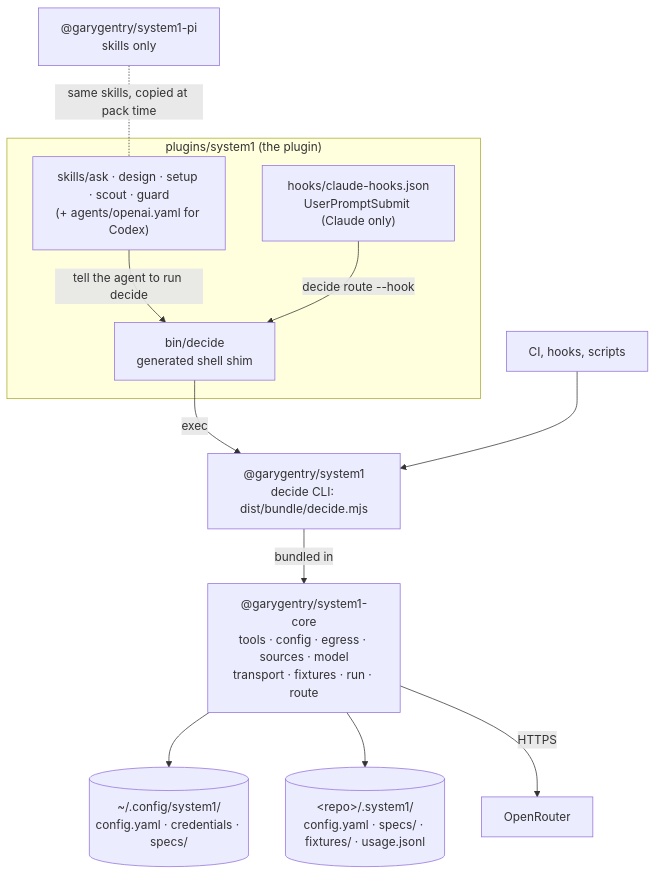
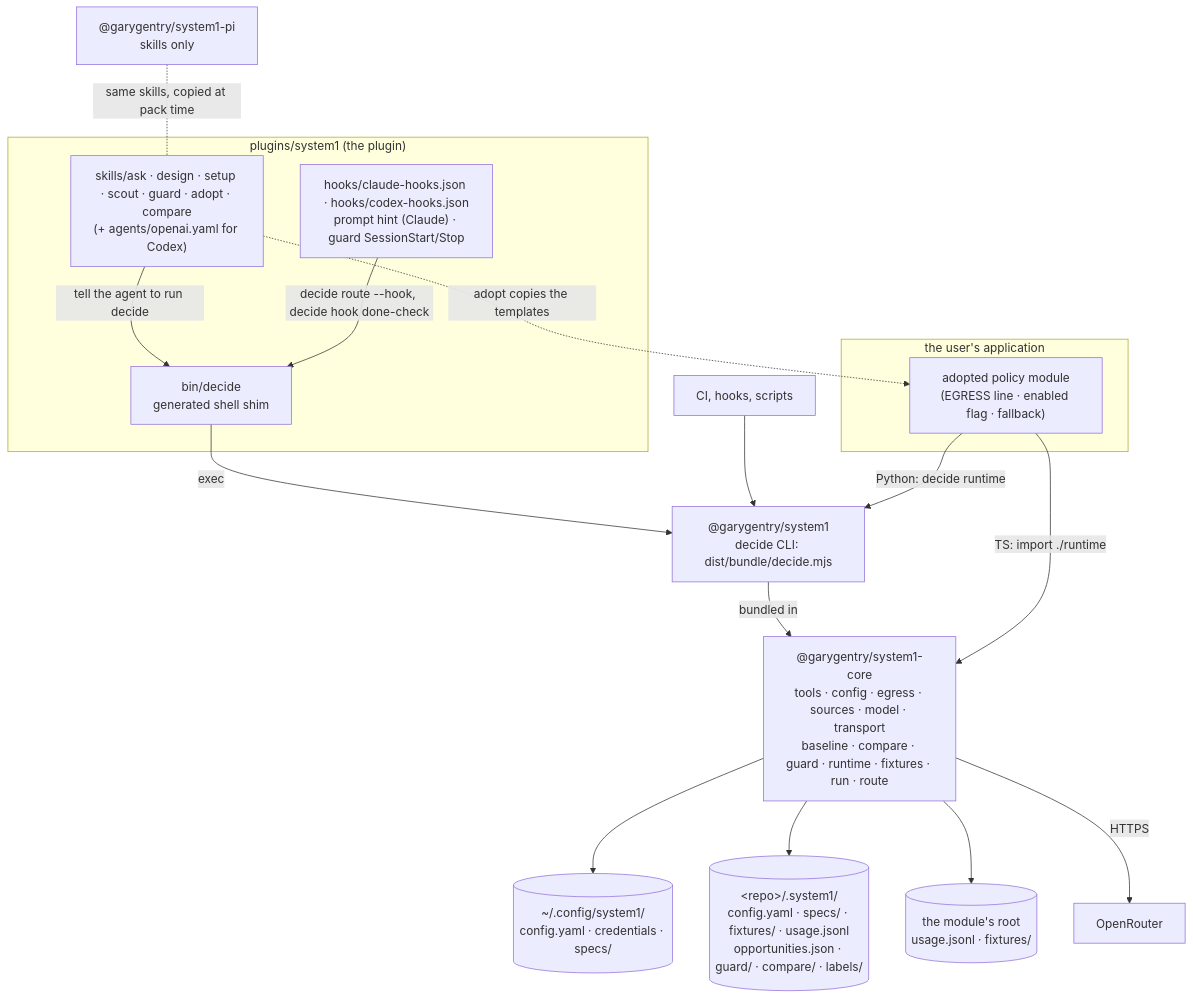
Before and after one commit to garygentry/system1: the diagram in docs/architecture/containers.md, drawn with Mermaid. The commit also changed other lines of this file and 19 other files, not shown here.

First line of the commit message:
M11 PR 11: docs for adopt → capture → compare; architecture at 0.6.0 (#55)

````diff
--- a/docs/architecture/containers.md
+++ b/docs/architecture/containers.md
@@ -7,25 +8,33 @@
 ```mermaid
 flowchart TB
     subgraph plugin["plugins/system1 (the plugin)"]
-        skills["skills/ask · design · setup · scout · guard<br/>(+ agents/openai.yaml for Codex)"]
+        skills["skills/ask · design · setup · scout · guard · adopt · compare<br/>(+ agents/openai.yaml for Codex)"]
         shim["bin/decide<br/>generated shell shim"]
-        hook["hooks/claude-hooks.json<br/>UserPromptSubmit (Claude only)"]
+        hook["hooks/claude-hooks.json · hooks/codex-hooks.json<br/>prompt hint (Claude) · guard SessionStart/Stop"]
+    end
+    subgraph app["the user's application"]
+        policy["adopted policy module<br/>(EGRESS line · enabled flag · fallback)"]
     end
     pipkg["@garygentry/system1-pi<br/>skills only"]
     cli["@garygentry/system1<br/>decide CLI: dist/bundle/decide.mjs"]
-    core["@garygentry/system1-core<br/>tools · config · egress · sources · model<br/>transport · fixtures · run · route"]
+    core["@garygentry/system1-core<br/>tools · config · egress · sources · model · transport<br/>baseline · compare · guard · runtime · fixtures · run · route"]
     userdir[("~/.config/system1/<br/>config.yaml · credentials · specs/")]
-    repodir[("&lt;repo&gt;/.system1/<br/>config.yaml · specs/ · fixtures/ · usage.jsonl")]
+    repodir[("&lt;repo&gt;/.system1/<br/>config.yaml · specs/ · fixtures/ · usage.jsonl<br/>opportunities.json · guard/ · compare/ · labels/")]
+    approot[("the module's root<br/>usage.jsonl · fixtures/")]
     openrouter["OpenRouter"]
     scripts["CI, hooks, scripts"]
 
     skills -- "tell the agent to run decide" --> shim
-    hook -- "decide route --hook" --> shim
+    hook -- "decide route --hook, decide hook done-check" --> shim
     pipkg -. "same skills, copied at pack time" .- skills
     shim -- "exec" --> cli
     scripts --> cli
     cli -- "bundled in" --> core
+    policy -- "TS: import ./runtime" --> core
+    policy -- "Python: decide runtime" --> cli
+    skills -. "adopt copies the templates" .-> policy
     core --> userdir
     core --> repodir
+    core --> approot
     core -- "HTTPS" --> openrouter
 ```
````
